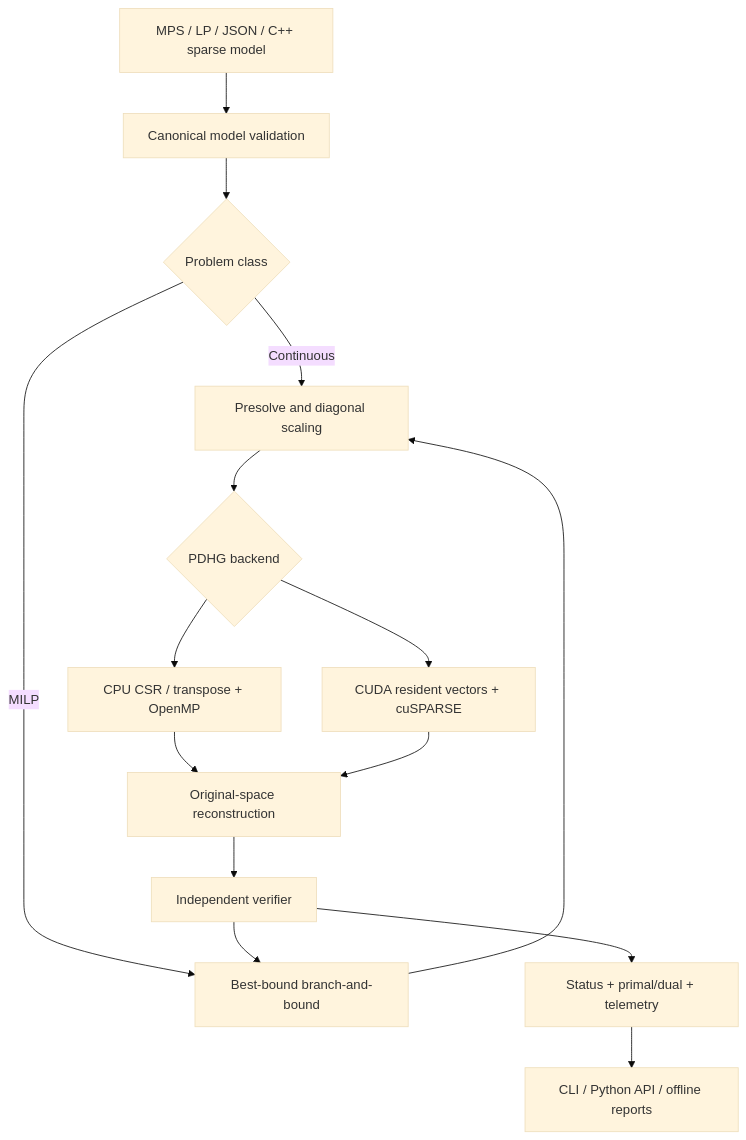
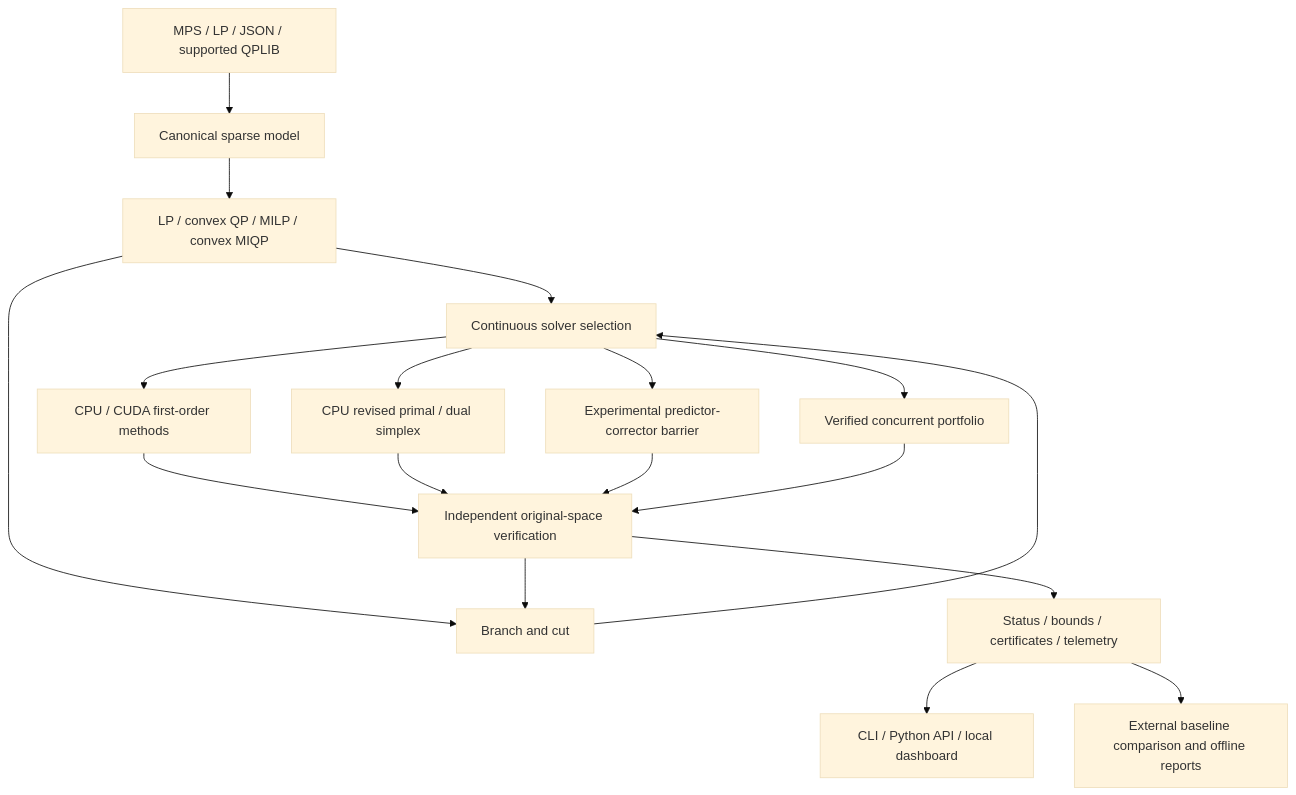
The diagram in docs/architecture.md (Team-ASHTOJ/Niryukti), drawn with Mermaid (base theme) before and after one commit. The commit also changed other lines of this file and 49 other files, not shown here.

````diff
--- a/docs/architecture.md
+++ b/docs/architecture.md
@@ -3,17 +5,20 @@
 ```mermaid
 flowchart TD
-    Input[MPS / LP / JSON / C++ sparse model] --> Validate[Canonical model validation]
-    Validate --> Classify{Problem class}
-    Classify -->|Continuous| Prepare[Presolve and diagonal scaling]
-    Classify -->|MILP| Tree[Best-bound branch-and-bound]
-    Tree --> Prepare
-    Prepare --> Backend{PDHG backend}
-    Backend --> CPU[CPU CSR / transpose + OpenMP]
-    Backend --> GPU[CUDA resident vectors + cuSPARSE]
-    CPU --> Restore[Original-space reconstruction]
-    GPU --> Restore
-    Restore --> Verify[Independent verifier]
-    Verify --> Tree
-    Verify --> Result[Status + primal/dual + telemetry]
-    Result --> CLI[CLI / Python API / offline reports]
+    Input[MPS / LP / JSON / supported QPLIB] --> Model[Canonical sparse model]
+    Model --> Classify[LP / convex QP / MILP / convex MIQP]
+    Classify --> Continuous[Continuous solver selection]
+    Classify --> Integer[Branch and cut]
+    Integer --> Continuous
+    Continuous --> FOM[CPU / CUDA first-order methods]
+    Continuous --> Simplex[CPU revised primal / dual simplex]
+    Continuous --> Barrier[Experimental predictor-corrector barrier]
+    Continuous --> Portfolio[Verified concurrent portfolio]
+    FOM --> Verify[Independent original-space verification]
+    Simplex --> Verify
+    Barrier --> Verify
+    Portfolio --> Verify
+    Verify --> Integer
+    Verify --> Result[Status / bounds / certificates / telemetry]
+    Result --> Platform[CLI / Python API / local dashboard]
+    Result --> Bench[External baseline comparison and offline reports]
 ```
````
